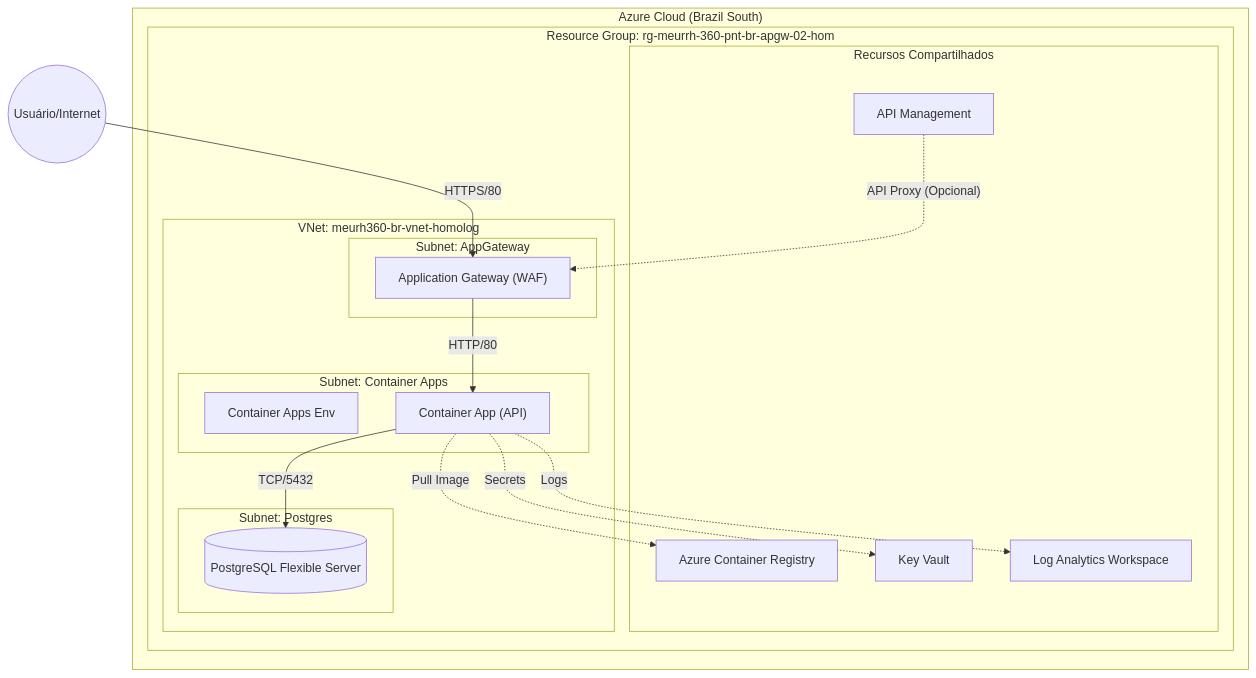
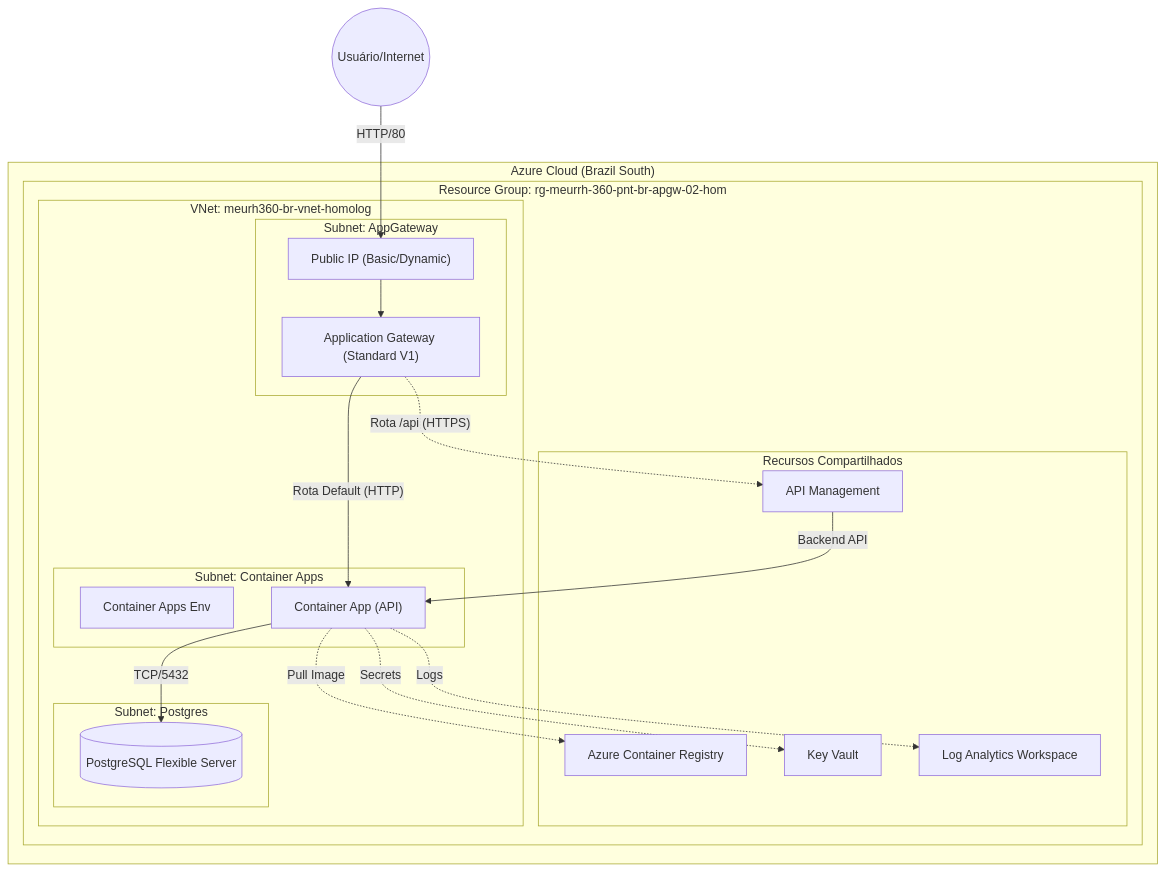
The diagram in README.md (kcsdevops/apim-apgw-homo), drawn with Mermaid before and after one commit. The commit also changed other lines of this file and 13 other files, not shown here.

Commit message:
Refactor App Gateway to module, update docs and diagrams

````diff
--- a/README.md
+++ b/README.md
@@ -120,40 +126,43 @@
 ```mermaid
 graph TD
     user((Usuário/Internet))
     
     subgraph Azure["Azure Cloud (Brazil South)"]
         subgraph RG["Resource Group: rg-meurrh-360-pnt-br-apgw-02-hom"]
             
             subgraph Shared["Recursos Compartilhados"]
                 ACR["Azure Container Registry"]
                 KV["Key Vault"]
                 LAW["Log Analytics Workspace"]
                 APIM["API Management"]
             end
 
             subgraph VNet["VNet: meurh360-br-vnet-homolog"]
                 
                 subgraph SubnetAGW["Subnet: AppGateway"]
-                    AGW["Application Gateway (WAF)"]
+                    PIP["Public IP (Basic/Dynamic)"]
+                    AGW["Application Gateway (Standard V1)"]
                 end
 
                 subgraph SubnetACA["Subnet: Container Apps"]
                     CAE["Container Apps Env"]
                     APP["Container App (API)"]
                 end
 
                 subgraph SubnetDB["Subnet: Postgres"]
                     DB[("PostgreSQL Flexible Server")]
                 end
             end
         end
     end
 
-    user -->|"HTTPS/80"| AGW
-    AGW -->|"HTTP/80"| APP
+    user -->|"HTTP/80"| PIP
+    PIP --> AGW
+    AGW -->|"Rota Default (HTTP)"| APP
+    AGW -.->|"Rota /api (HTTPS)"| APIM
+    APIM -->|"Backend API"| APP
     APP -->|"TCP/5432"| DB
     APP -.->|"Pull Image"| ACR
     APP -.->|"Secrets"| KV
     APP -.->|"Logs"| LAW
-    APIM -.->|"API Proxy (Opcional)"| AGW
 ```
````
